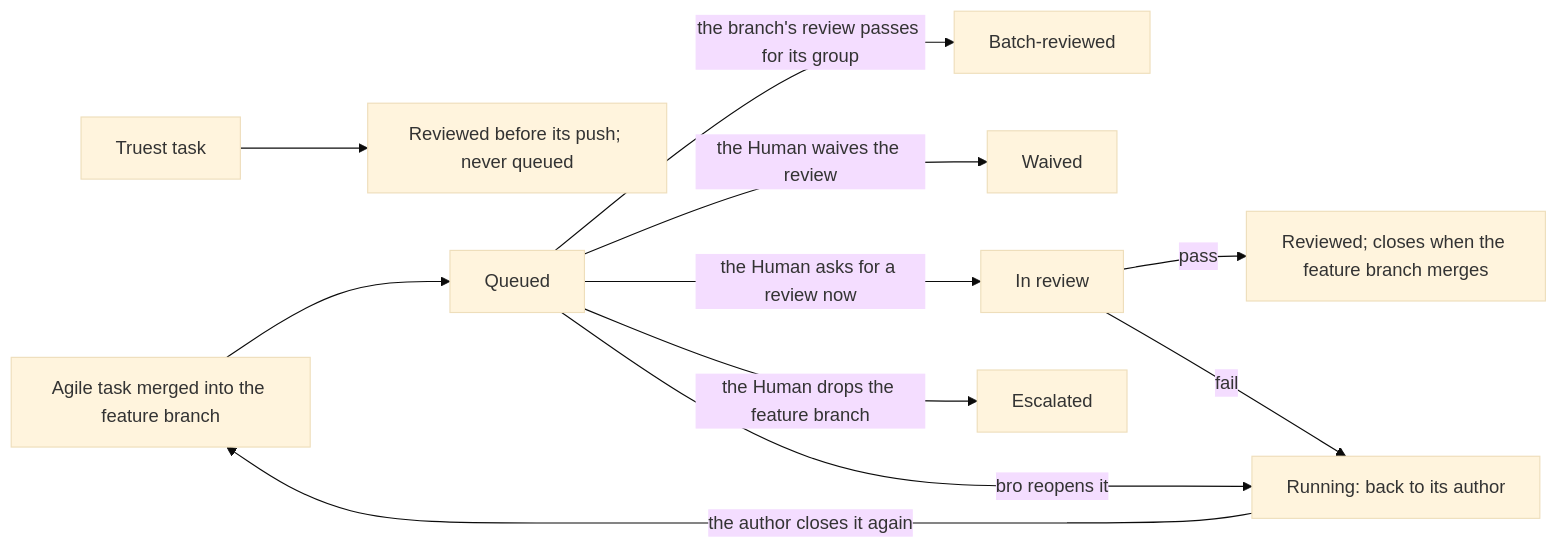
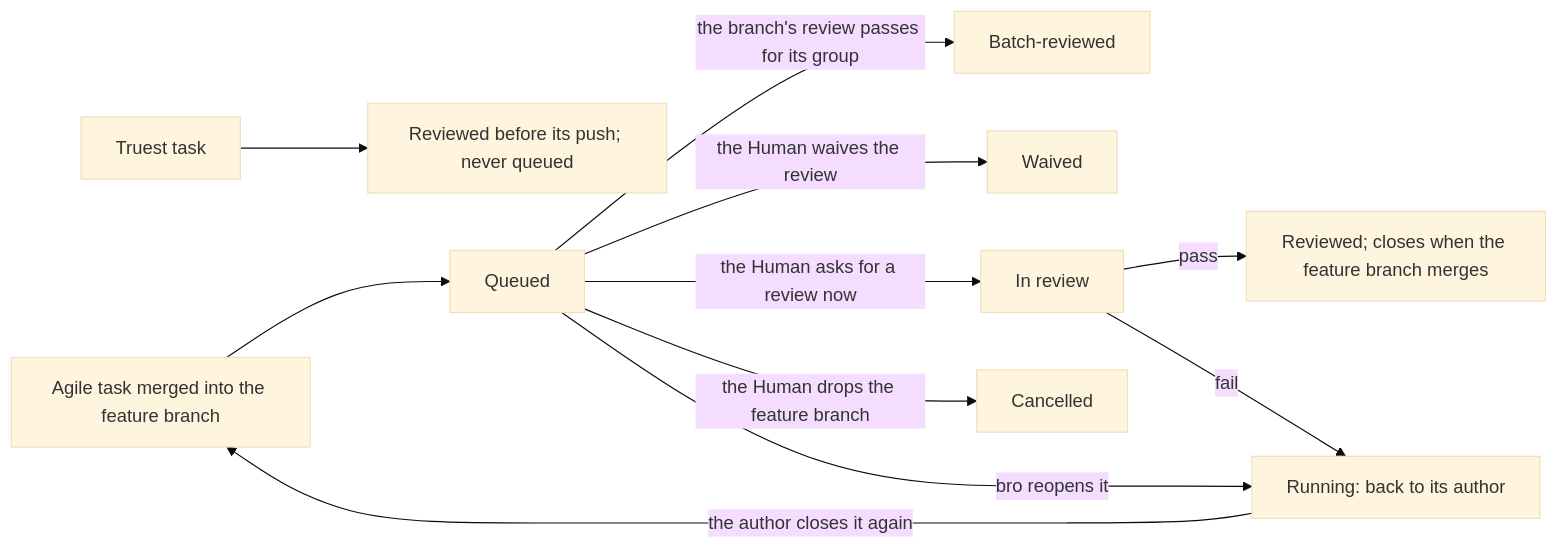
One commit to trustmybot/plugin changed the third of 8 diagrams in docs/architecture/AGILE.md. Above: the diagram before and after it, drawn with Mermaid (base theme). The commit also changed other lines of this file and 6 other files, not shown here.

First line of the commit message:
📝 docs(tasks): split escalated into superseded and cancelled in planned v75 (GH 3251)

````diff
--- a/docs/architecture/AGILE.md
+++ b/docs/architecture/AGILE.md
@@ -66,13 +66,13 @@
 ```mermaid
 flowchart LR
     T[Truest task] --> RV[Reviewed before its push; never queued]
     A[Agile task merged into the feature branch] --> Q[Queued]
     Q -- the branch's review passes for its group --> BR[Batch-reviewed]
     Q -- the Human waives the review --> W[Waived]
     Q -- the Human asks for a review now --> IR[In review]
     IR -- pass --> RD[Reviewed; closes when the feature branch merges]
     IR -- fail --> RW[Running: back to its author]
     Q -- bro reopens it --> RW
     RW -- the author closes it again --> A
-    Q -- the Human drops the feature branch --> ES[Escalated]
+    Q -- the Human drops the feature branch --> ES[Cancelled]
 ```
````
